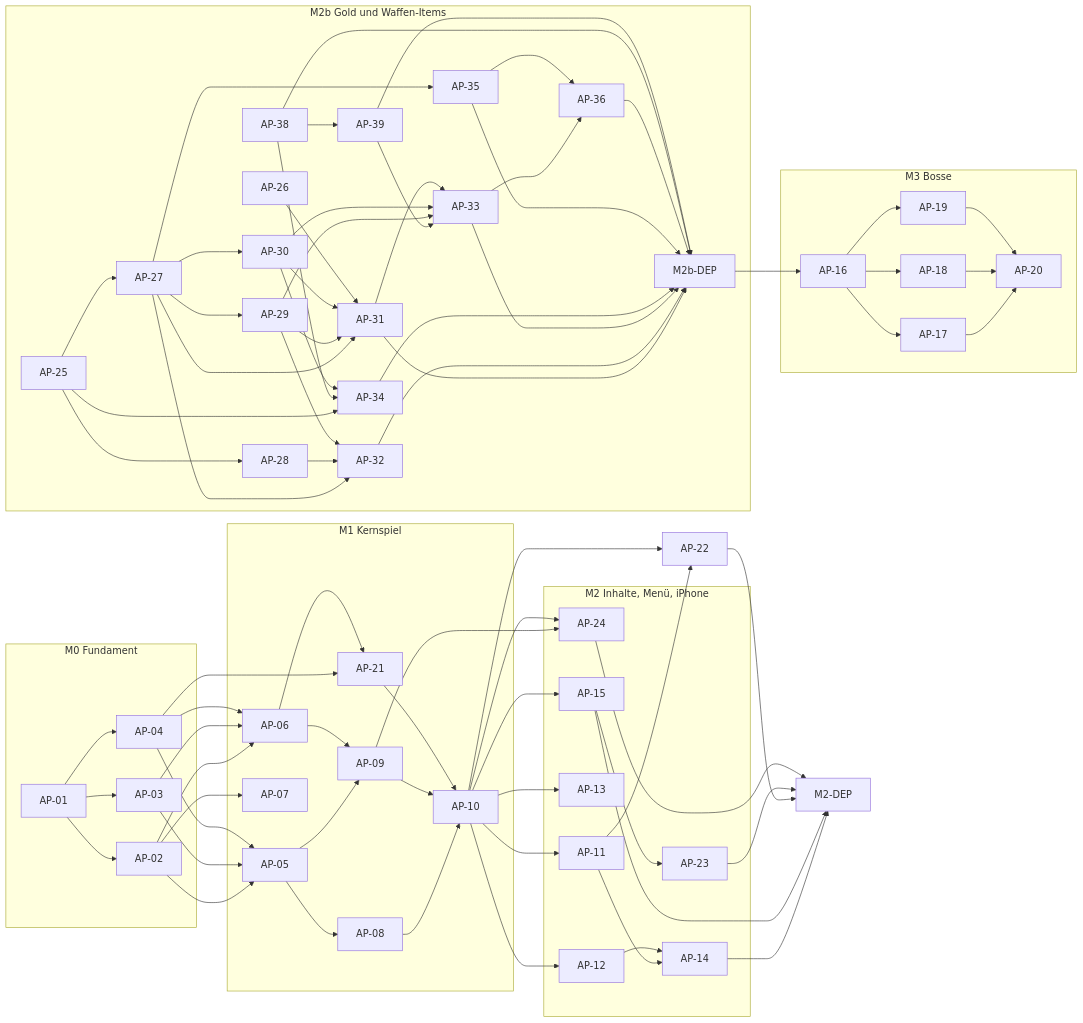
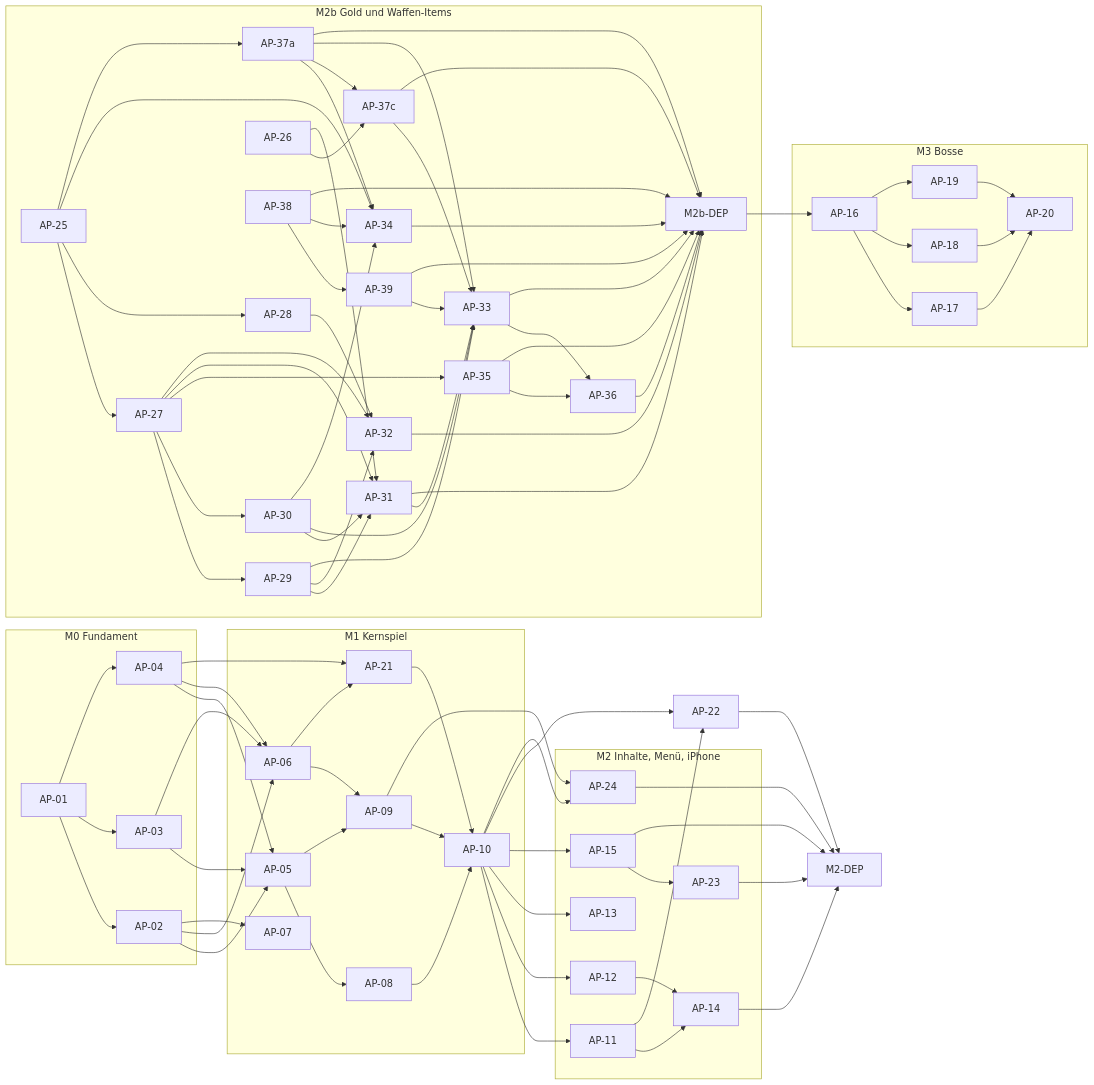
One commit to CemDCoding/360shooter changed the third of 3 diagrams in docs/masterBuildPlan.md. Above: the diagram before and after it, drawn with Mermaid. The commit also changed other lines of this file, not shown here.

````diff
--- a/docs/masterBuildPlan.md
+++ b/docs/masterBuildPlan.md
@@ -697,46 +704,48 @@
 ```mermaid
 flowchart LR
   subgraph M0["M0 Fundament"]
     AP01["AP-01"] --> AP02["AP-02"] & AP03["AP-03"] & AP04["AP-04"]
   end
   subgraph M1["M1 Kernspiel"]
     AP05["AP-05"] --> AP08["AP-08"] & AP09["AP-09"]
     AP06["AP-06"] --> AP09
     AP08 & AP09 & AP21 --> AP10["AP-10"]
     AP07["AP-07"]
     AP21["AP-21"]
   end
   subgraph M2["M2 Inhalte, Menü, iPhone"]
     AP11["AP-11"] --> AP14["AP-14"]
     AP12["AP-12"] --> AP14
     AP13["AP-13"]
     AP15["AP-15"] --> AP23["AP-23"]
     AP24["AP-24"]
   end
   subgraph M2b["M2b Gold und Waffen-Items"]
-    AP25["AP-25"] --> AP27["AP-27"] & AP28["AP-28"] & AP34["AP-34"]
-    AP26["AP-26"]
+    AP25["AP-25"] --> AP27["AP-27"] & AP28["AP-28"] & AP34["AP-34"] & AP37a["AP-37a"]
+    AP26["AP-26"] --> AP37c["AP-37c"]
     AP38["AP-38"] --> AP39["AP-39"] & AP34["AP-34"]
     AP39 --> AP33["AP-33"]
+    AP37a["AP-37a"] --> AP34 & AP37c & AP33
+    AP37c --> AP33
     AP27 --> AP29["AP-29"] & AP30["AP-30"] & AP35["AP-35"] & AP31["AP-31"] & AP32["AP-32"]
     AP28 --> AP32
     AP29 --> AP31 & AP32 & AP33["AP-33"]
     AP30 --> AP31 & AP33 & AP34
     AP26 --> AP31
     AP31 --> AP33
     AP33 & AP35 --> AP36["AP-36"]
-    AP31 & AP32 & AP33 & AP34 & AP35 & AP36 & AP38 & AP39 --> M2bDEP["M2b-DEP"]
+    AP31 & AP32 & AP33 & AP34 & AP35 & AP36 & AP37a & AP37c & AP38 & AP39 --> M2bDEP["M2b-DEP"]
   end
   subgraph M3["M3 Bosse"]
     AP16["AP-16"] --> AP17["AP-17"] & AP18["AP-18"] & AP19["AP-19"]
     AP17 & AP18 & AP19 --> AP20["AP-20"]
   end
   AP02 & AP03 & AP04 --> AP05 & AP06
   AP02 --> AP07
   AP04 & AP06 --> AP21
   AP10 --> AP11 & AP12 & AP13 & AP15
   M2bDEP --> AP16
   AP10 & AP11 --> AP22["AP-22"]
   AP09 & AP10 --> AP24
   AP14 & AP15 & AP22 & AP23 & AP24 --> M2DEP["M2-DEP"]
 ```
````
